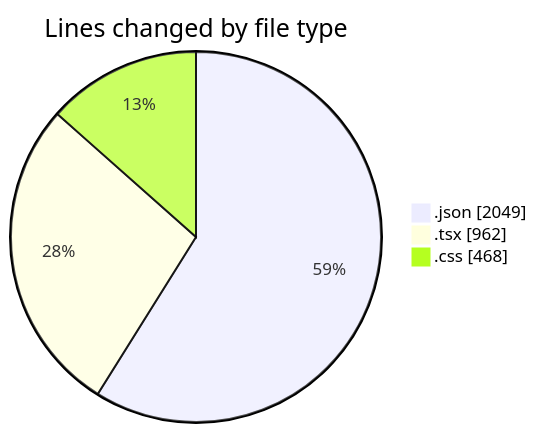
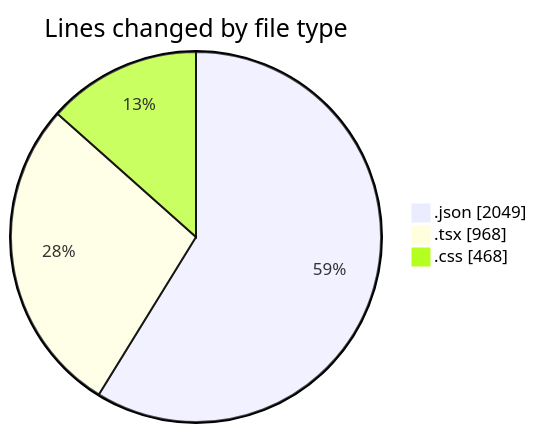
One commit to EIIisD/code-tracking changed the first of 2 diagrams in 2025-08-14/ribbon/README.md. Above: the diagram before and after it, drawn with Mermaid. The commit also changed other lines of this file and 1 other file, not shown here.

````diff
--- a/2025-08-14/ribbon/README.md
+++ b/2025-08-14/ribbon/README.md
@@ -27,7 +27,7 @@
 ```mermaid
 pie showData
 title Lines changed by file type
 ".json" : 2049
-".tsx" : 962
+".tsx" : 968
 ".css" : 468
 ```
````
